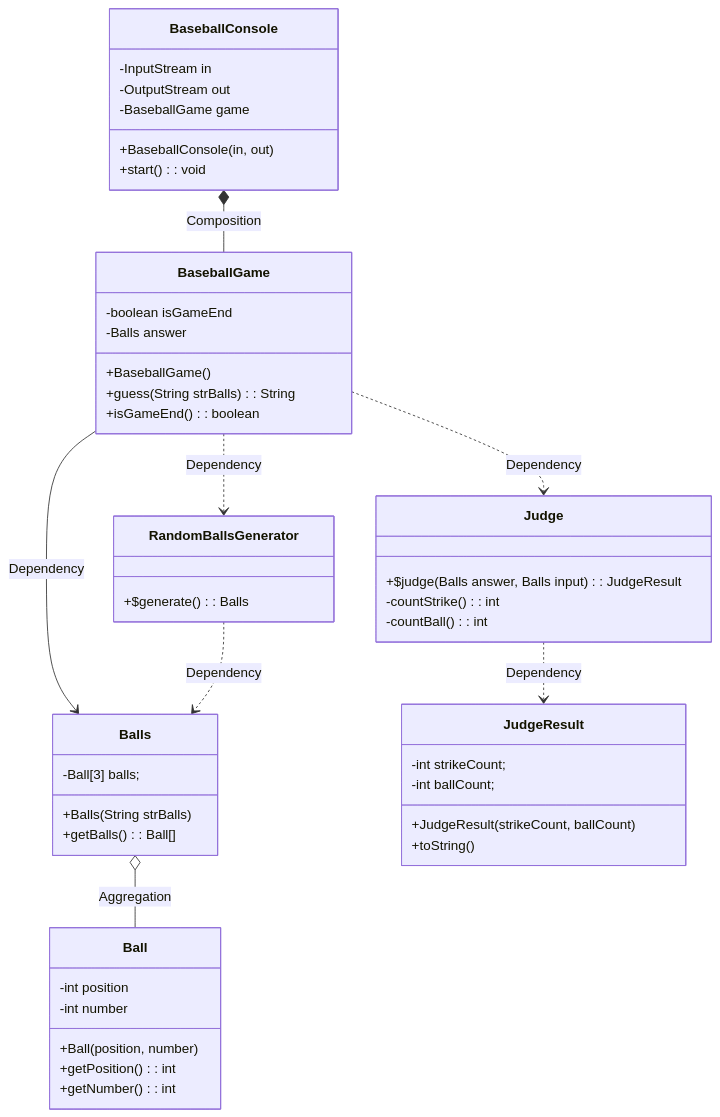
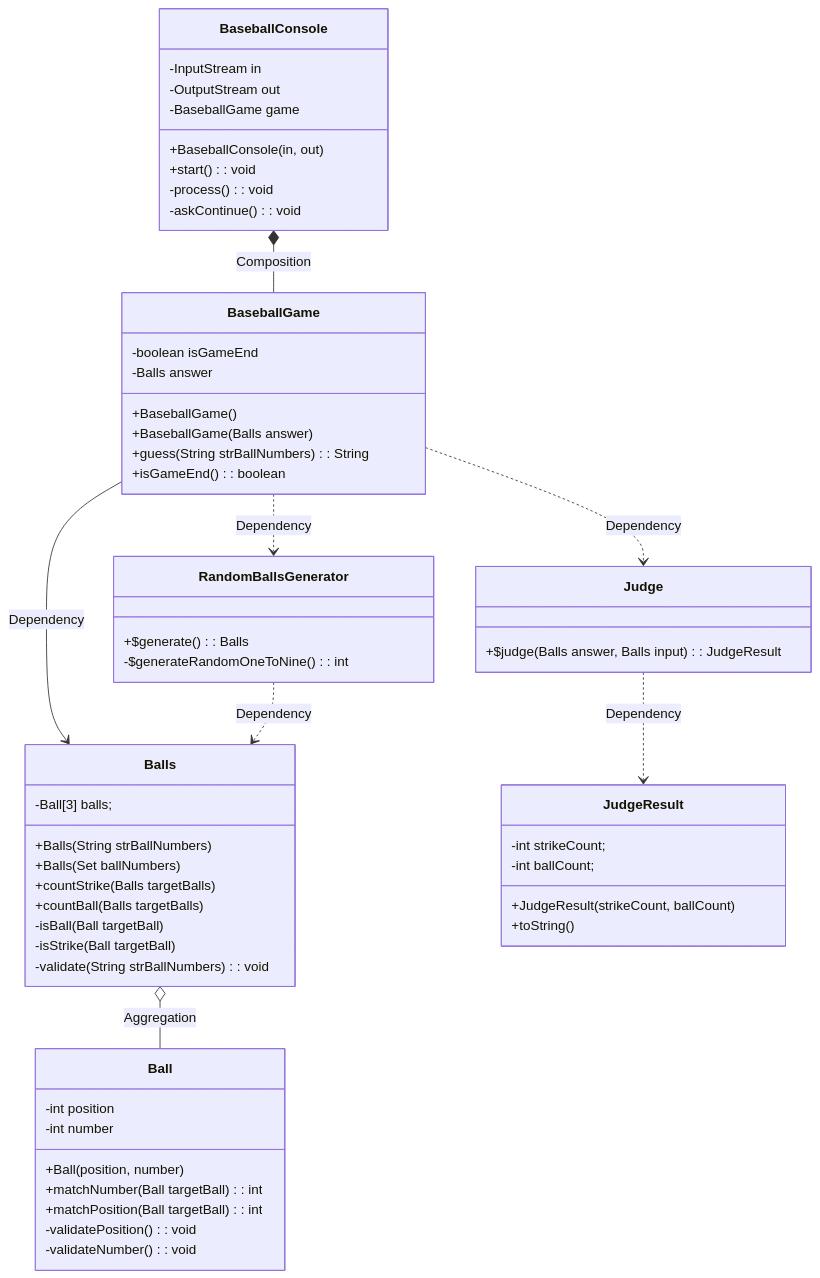
The diagram in README.md (FC-WhyWrongThoguhtRight/java-baseball-playground), drawn with Mermaid before and after one commit.

Commit message:
docs: 클래스 다이어그램 갱신

````diff
--- a/README.md
+++ b/README.md
@@ -17,68 +17,77 @@
 ```mermaid
 classDiagram
     class BaseballConsole {
         -InputStream in
         -OutputStream out
         -BaseballGame game
 
         +BaseballConsole(in, out)
         +start(): void
+        -process(): void
+        -askContinue(): void
     }
 
     BaseballConsole *-- BaseballGame : Composition
 
     class BaseballGame {
         -boolean isGameEnd
         -Balls answer
 
         +BaseballGame()
-        +guess(String strBalls): String
+        +BaseballGame(Balls answer)
+        +guess(String strBallNumbers): String
         +isGameEnd(): boolean
     }
 
     BaseballGame --> Balls : Dependency
 
     class Balls {
         -Ball[3] balls;
 
-        +Balls(String strBalls)
-        +getBalls(): Ball[]
+        +Balls(String strBallNumbers)
+        +Balls(Set<Integer> ballNumbers)
+        +countStrike(Balls targetBalls)
+        +countBall(Balls targetBalls)
+        -isBall(Ball targetBall)
+        -isStrike(Ball targetBall)
+        -validate(String strBallNumbers): void
     }
 
     Balls o-- Ball : Aggregation
 
     class Ball {
         -int position
         -int number
         
         +Ball(position, number)
-        +getPosition(): int
-        +getNumber(): int
+        +matchNumber(Ball targetBall): int
+        +matchPosition(Ball targetBall): int
+        -validatePosition() : void
+        -validateNumber() : void
     }
 
     BaseballGame ..> Judge : Dependency
 
     class Judge {
         +$judge(Balls answer, Balls input): JudgeResult
-        -countStrike(): int
-        -countBall(): int
     }
 
     Judge ..> JudgeResult : Dependency
 
     class JudgeResult {
         -int strikeCount;
         -int ballCount;
 
         +JudgeResult(strikeCount, ballCount)
         +toString()
     }
 
     BaseballGame ..> RandomBallsGenerator : Dependency
 
     class RandomBallsGenerator {
         +$generate(): Balls
+        -$generateRandomOneToNine(): int
     }
 
     RandomBallsGenerator ..> Balls : Dependency
 ```
````
